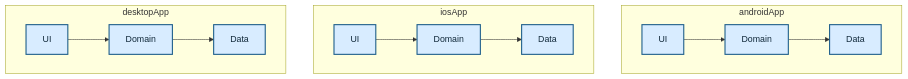
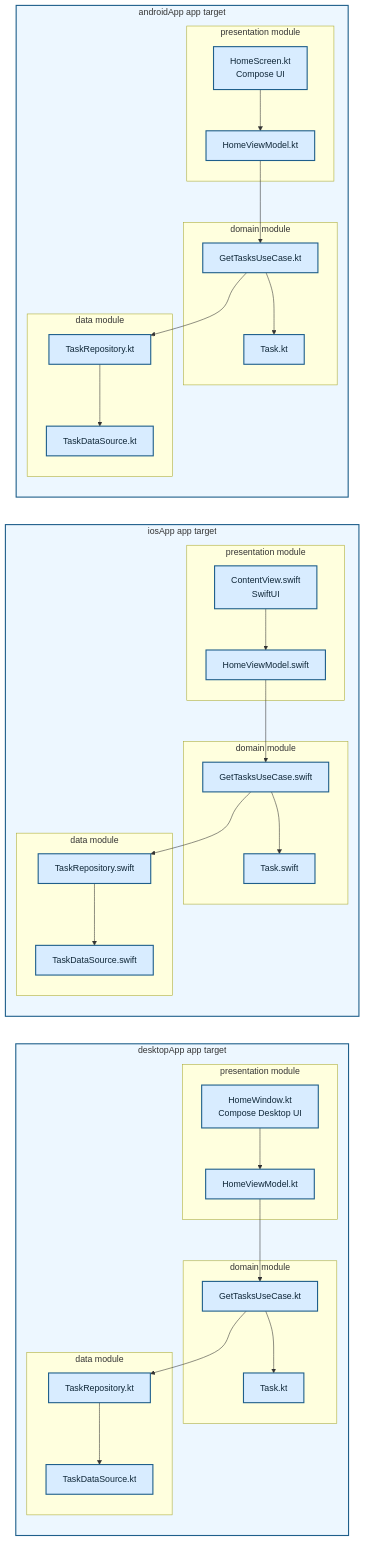
One commit to TheSetox/kmp-sample-diagrams changed the diagram in diagrams/15-three-layer-native.md. Above: the diagram before and after it, drawn with Mermaid. The commit also changed other lines of this file and 28 other files, not shown here.

Commit message:
docs: reassess diagram layer boundaries

````diff
--- a/diagrams/15-three-layer-native.md
+++ b/diagrams/15-three-layer-native.md
@@ -5,26 +5,71 @@
 ```mermaid
 flowchart TB
-  subgraph Android["androidApp"]
-    AUI["UI"]
-    ADomain["Domain"]
-    AData["Data"]
-    AUI --> ADomain --> AData
+  subgraph Android["androidApp app target"]
+    direction TB
+    subgraph APresentation["presentation module"]
+      AUI["HomeScreen.kt\nCompose UI"]
+      AVM["HomeViewModel.kt"]
+      AUI --> AVM
+    end
+    subgraph ADomain["domain module"]
+      AUseCase["GetTasksUseCase.kt"]
+      AEntity["Task.kt"]
+      AUseCase --> AEntity
+    end
+    subgraph AData["data module"]
+      ARepository["TaskRepository.kt"]
+      ADataSource["TaskDataSource.kt"]
+      ARepository --> ADataSource
+    end
+    AVM --> AUseCase --> ARepository
   end
 
-  subgraph IOS["iosApp"]
-    IUI["UI"]
-    IDomain["Domain"]
-    IData["Data"]
-    IUI --> IDomain --> IData
+  subgraph IOS["iosApp app target"]
+    direction TB
+    subgraph IPresentation["presentation module"]
+      IUI["ContentView.swift\nSwiftUI"]
+      IVM["HomeViewModel.swift"]
+      IUI --> IVM
+    end
+    subgraph IDomain["domain module"]
+      IUseCase["GetTasksUseCase.swift"]
+      IEntity["Task.swift"]
+      IUseCase --> IEntity
+    end
+    subgraph IData["data module"]
+      IRepository["TaskRepository.swift"]
+      IDataSource["TaskDataSource.swift"]
+      IRepository --> IDataSource
+    end
+    IVM --> IUseCase --> IRepository
   end
 
-  subgraph Desktop["desktopApp"]
-    DUI["UI"]
-    DDomain["Domain"]
-    DData["Data"]
-    DUI --> DDomain --> DData
+  subgraph Desktop["desktopApp app target"]
+    direction TB
+    subgraph DPresentation["presentation module"]
+      DUI["HomeWindow.kt\nCompose Desktop UI"]
+      DVM["HomeViewModel.kt"]
+      DUI --> DVM
+    end
+    subgraph DDomain["domain module"]
+      DUseCase["GetTasksUseCase.kt"]
+      DEntity["Task.kt"]
+      DUseCase --> DEntity
+    end
+    subgraph DData["data module"]
+      DRepository["TaskRepository.kt"]
+      DDataSource["TaskDataSource.kt"]
+      DRepository --> DDataSource
+    end
+    DVM --> DUseCase --> DRepository
   end
 
-  classDef layer fill:#d8ecff,stroke:#1f5f8b,color:#0f2738,stroke-width:2px;
-  class AUI,ADomain,AData,IUI,IDomain,IData,DUI,DDomain,DData layer;
+  ADataSource ~~~ IUI
+  IDataSource ~~~ DUI
+
+  classDef native fill:#d8ecff,stroke:#1f5f8b,color:#0f2738,stroke-width:2px;
+  class AUI,AVM,AUseCase,AEntity,ARepository,ADataSource,IUI,IVM,IUseCase,IEntity,IRepository,IDataSource,DUI,DVM,DUseCase,DEntity,DRepository,DDataSource native;
+  style Android fill:#edf7ff,stroke:#1f5f8b,stroke-width:2px
+  style IOS fill:#edf7ff,stroke:#1f5f8b,stroke-width:2px
+  style Desktop fill:#edf7ff,stroke:#1f5f8b,stroke-width:2px
 ```
````
